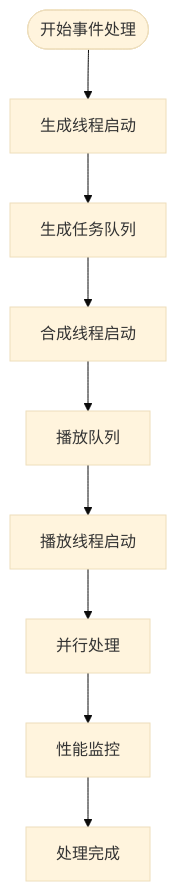
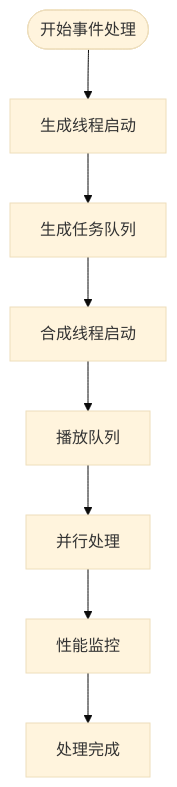
One commit to 1024dashen/Vue3Speech changed the fourth of 13 diagrams in .qoder/repowiki/zh/content/语音合成服务/实时TTS合成.md. Above: the diagram before and after it, drawn with Mermaid (base theme). The commit also changed other lines of this file and 13 other files, not shown here.

````diff
--- a/.qoder/repowiki/zh/content/语音合成服务/实时TTS合成.md
+++ b/.qoder/repowiki/zh/content/语音合成服务/实时TTS合成.md
@@ -233,11 +227,10 @@
 ```mermaid
 flowchart TD
 Start([开始事件处理]) --> GenThread[生成线程启动]
 GenThread --> TTSQueue[生成任务队列]
 TTSQueue --> TTSWorker[合成线程启动]
 TTSWorker --> PlayQueue[播放队列]
-PlayQueue --> PlayWorker[播放线程启动]
-PlayWorker --> Parallel[并行处理]
+PlayQueue --> Parallel[并行处理]
 Parallel --> Monitor[性能监控]
 Monitor --> Complete[处理完成]
 ```
````
